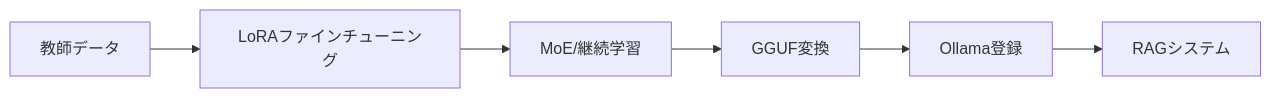
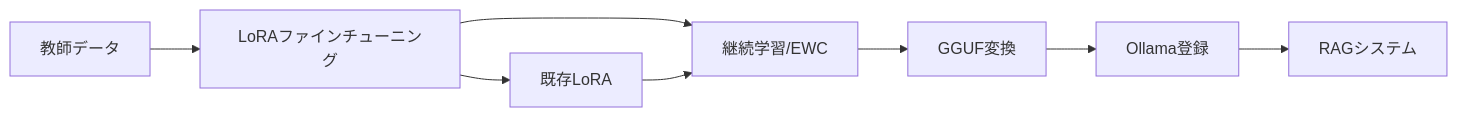
One commit to kji-furuta/MoE_RAG changed the diagram in README.md. Above: the diagram before and after it, drawn with Mermaid. The commit also changed other lines of this file and 21 other files, not shown here.

````diff
--- a/README.md
+++ b/README.md
@@ -17,8 +20,10 @@
 ```mermaid
 graph LR
     A[教師データ] --> B[LoRAファインチューニング]
-    B --> C[MoE/継続学習]
+    B --> C[継続学習/EWC]
     C --> D[GGUF変換]
     D --> E[Ollama登録]
     E --> F[RAGシステム]
+    B --> G[既存LoRA]
+    G --> C
 ```
````
